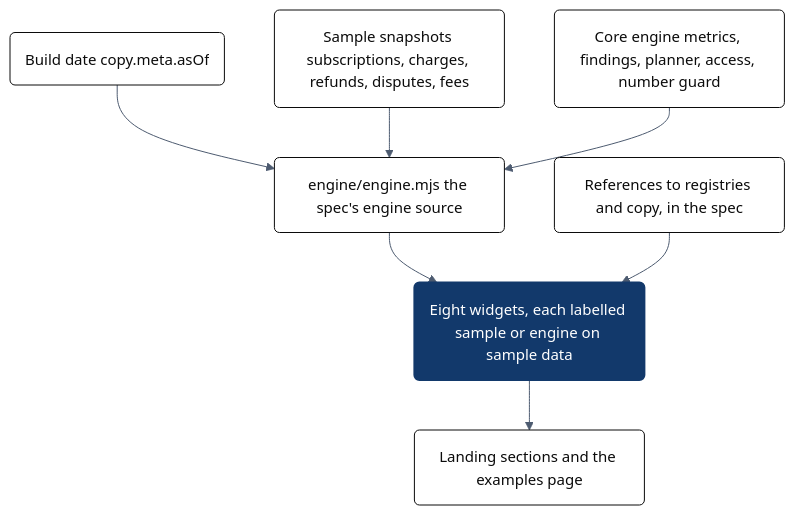
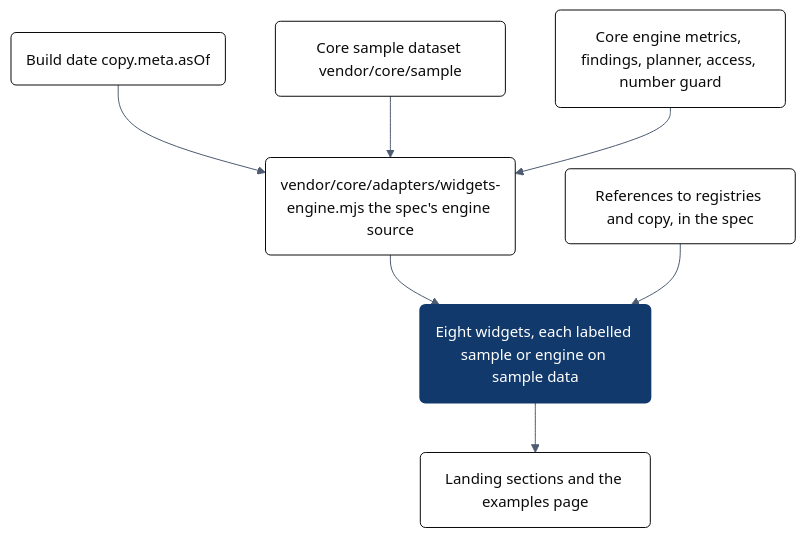
One commit to SaasReport/landing changed the diagram in docs/diagrams/landing-widgets.mmd. Above: the diagram before and after it, drawn with Mermaid. The commit also changed 61 other files, not shown here.

First line of the commit message:
Landing on the kit's own landing: hero visual, eight embedded widgets, early-access form on the comms engine

```diff
--- a/docs/diagrams/landing-widgets.mmd
+++ b/docs/diagrams/landing-widgets.mmd
@@ -1,18 +1,18 @@
 %%{init: {"theme":"base","themeVariables":{"fontFamily":"Inter, Arial, sans-serif","fontSize":"15px","textColor":"#0B0B0B","stateLabelColor":"#0B0B0B","transitionLabelColor":"#0B0B0B","background":"#F7F9FC","primaryColor":"#FFFFFF","primaryTextColor":"#0B0B0B","primaryBorderColor":"#0B0B0B","lineColor":"#4D5B70","secondaryColor":"#EDF1F6","tertiaryColor":"#F7F9FC","clusterBkg":"#EDF1F6","clusterBorder":"#B9C6D8","edgeLabelBackground":"#F7F9FC","titleColor":"#0B0B0B","actorBkg":"#0B0B0B","actorBorder":"#0B0B0B","actorTextColor":"#FFFFFF","actorLineColor":"#B9C6D8","signalColor":"#0B0B0B","signalTextColor":"#0B0B0B","labelBoxBkgColor":"#F7F9FC","labelBoxBorderColor":"#B9C6D8","noteBkgColor":"#EEF3F9","noteBorderColor":"#6F9BD8","sequenceNumberColor":"#FFFFFF","stateBkg":"#FFFFFF","stateBorder":"#0B0B0B","transitionColor":"#4D5B70","specialStateColor":"#12396B"}}}%%
-%% kit:diagram {"id":"saasreport.landing.widgets","title":"Where each widget's numbers come from","project":"saasreport","kind":"flow","summary":"Every widget text is a reference to a registry or the copy file, or an engine call on the sample data at the build date.","lineage":{"derives_from":[],"supersedes":[],"version":"1"},"relates_to":[{"id":"saasreport.landing.architecture","relation":"sibling"}],"depicts":[{"kind":"file","ref":"the widget spec","path":"widgets.spec.json"},{"kind":"file","ref":"the engine adapter","path":"engine/engine.mjs"}],"reviewed":"2026-10-28"}
+%% kit:diagram {"id":"saasreport.landing.widgets","title":"Where each widget's numbers come from","project":"saasreport","kind":"flow","summary":"Every widget text is a reference to a registry or the copy file, or an engine call on the sample data at the build date.","lineage":{"derives_from":[],"supersedes":[],"version":"1"},"relates_to":[{"id":"saasreport.landing.architecture","relation":"sibling"}],"depicts":[{"kind":"file","ref":"the widget spec","path":"widgets.spec.json"},{"kind":"file","ref":"the engine adapter","path":"vendor/core/adapters/widgets-engine.mjs"}],"reviewed":"2026-10-28"}
 flowchart TB
   asof("Build date copy.meta.asOf")
-  snap("Sample snapshots subscriptions, charges, refunds, disputes, fees")
+  snap("Core sample dataset vendor/core/sample")
   core("Core engine metrics, findings, planner, access, number guard")
-  adapter("engine/engine.mjs the spec's engine source")
+  adapter("vendor/core/adapters/widgets-engine.mjs the spec's engine source")
   ref("References to registries and copy, in the spec")
   widgets("Eight widgets, each labelled sample or engine on sample data")
   page("Landing sections and the examples page")
   asof --> adapter
   snap --> adapter
   core --> adapter
   adapter --> widgets
   ref --> widgets
   widgets --> page
   class widgets accent
   classDef accent fill:#12396B,stroke:#12396B,color:#FFFFFF,stroke-width:2px
```
